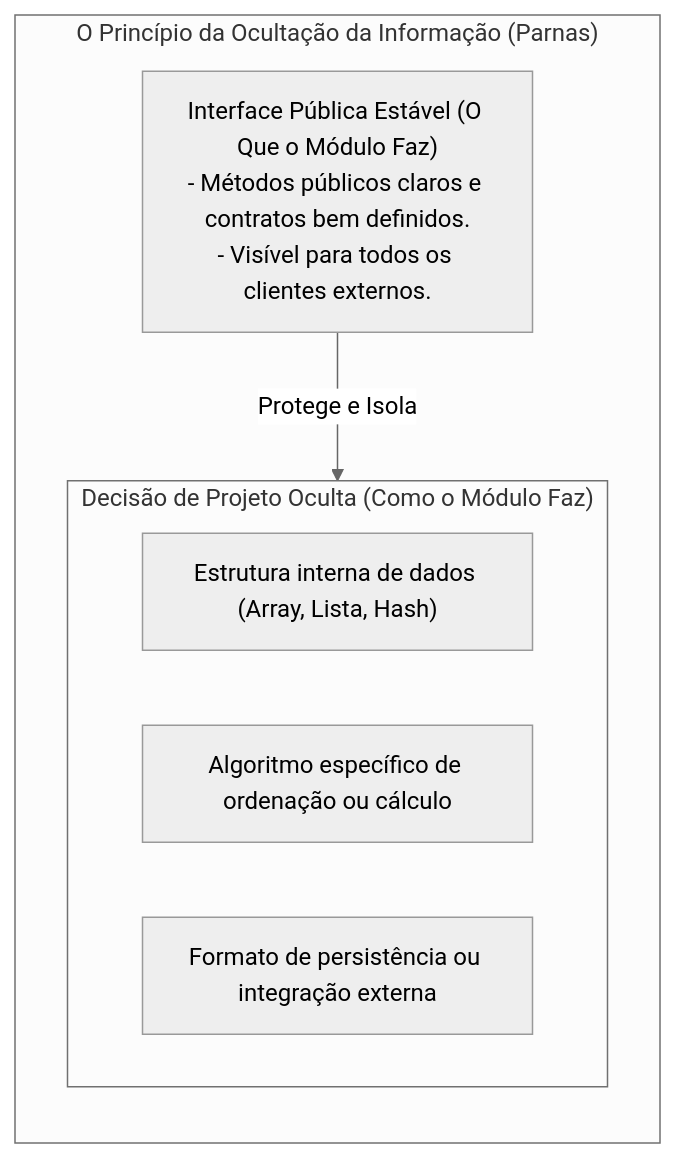
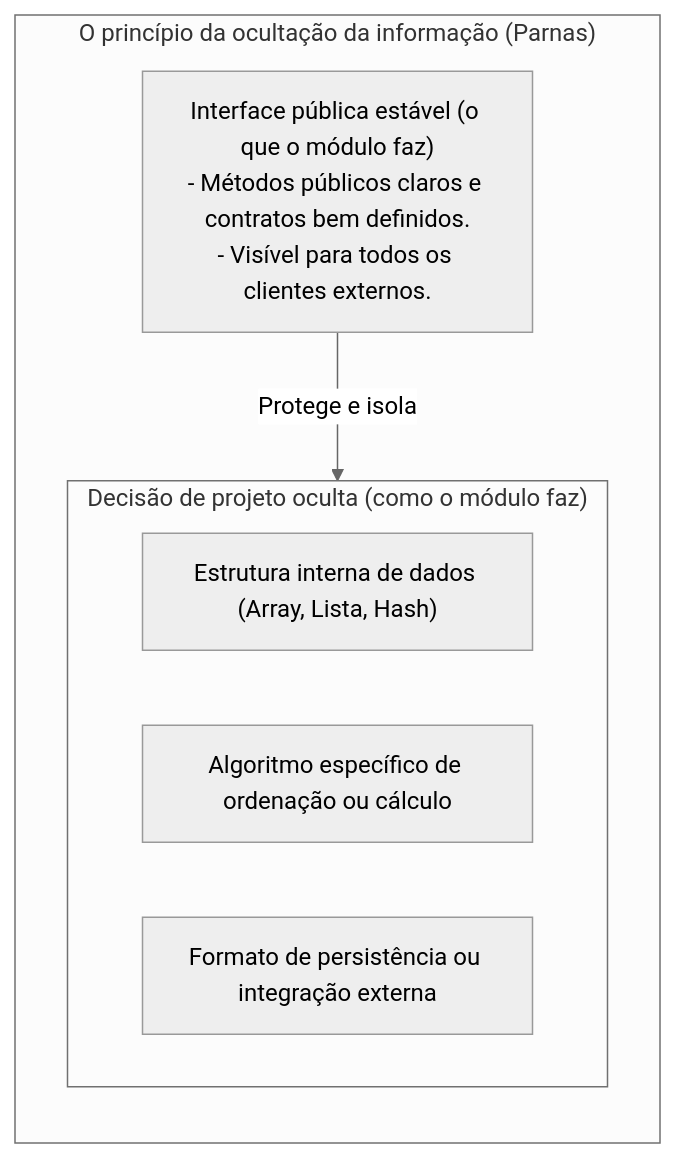
The first of 4 diagrams in 01. Programacao Modular/11. Princípio da ocultação da informação (information hiding e encapsulamento).md (leorruas/puc), drawn with Mermaid (neutral theme) before and after one commit. The commit also changed other lines of this file, not shown here.

Commit message:
fix(pm): varredura e saneamento exaustivo de sentence case em 100% do artigo 11 (rotulos, diagramas mermaid, tabelas e comentarios de codigo)

````diff
--- a/01. Programacao Modular/11. Princípio da ocultação da informação (information hiding e encapsulamento).md
+++ b/01. Programacao Modular/11. Princípio da ocultação da informação (information hiding e encapsulamento).md
@@ -49,15 +49,15 @@
 ```mermaid
 flowchart TD
-    subgraph OcultacaoParnas ["O Princípio da Ocultação da Informação (Parnas)"]
+    subgraph OcultacaoParnas ["O princípio da ocultação da informação (Parnas)"]
         direction TB
-        Publico["Interface Pública Estável (O Que o Módulo Faz)<br>- Métodos públicos claros e contratos bem definidos.<br>- Visível para todos os clientes externos."]
+        Publico["Interface pública estável (o que o módulo faz)<br>- Métodos públicos claros e contratos bem definidos.<br>- Visível para todos os clientes externos."]
         
-        subgraph Segredo ["Decisão de Projeto Oculta (Como o Módulo Faz)"]
+        subgraph Segredo ["Decisão de projeto oculta (como o módulo faz)"]
             Priv1["Estrutura interna de dados (Array, Lista, Hash)"]
             Priv2["Algoritmo específico de ordenação ou cálculo"]
             Priv3["Formato de persistência ou integração externa"]
         end
 
-        Publico -->|Protege e Isola| Segredo
+        Publico -->|Protege e isola| Segredo
     end
 ```
````
